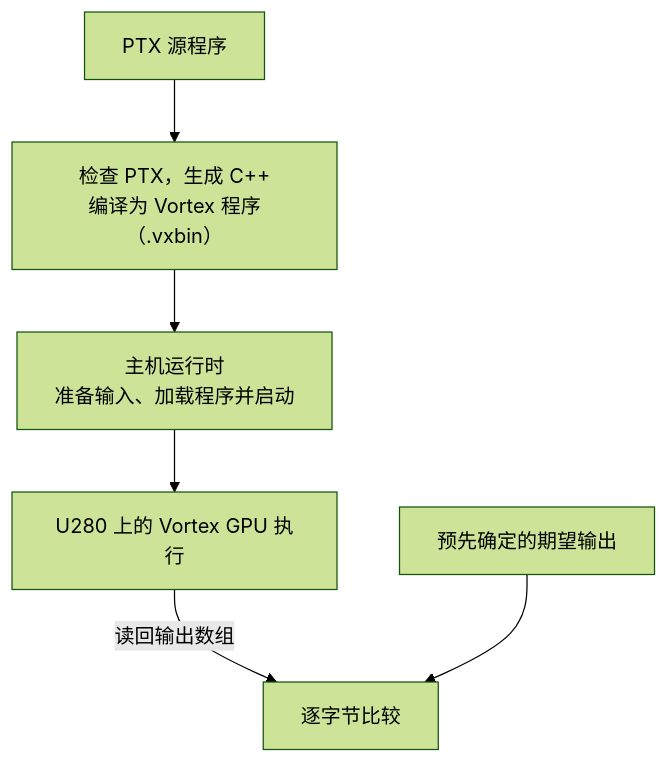
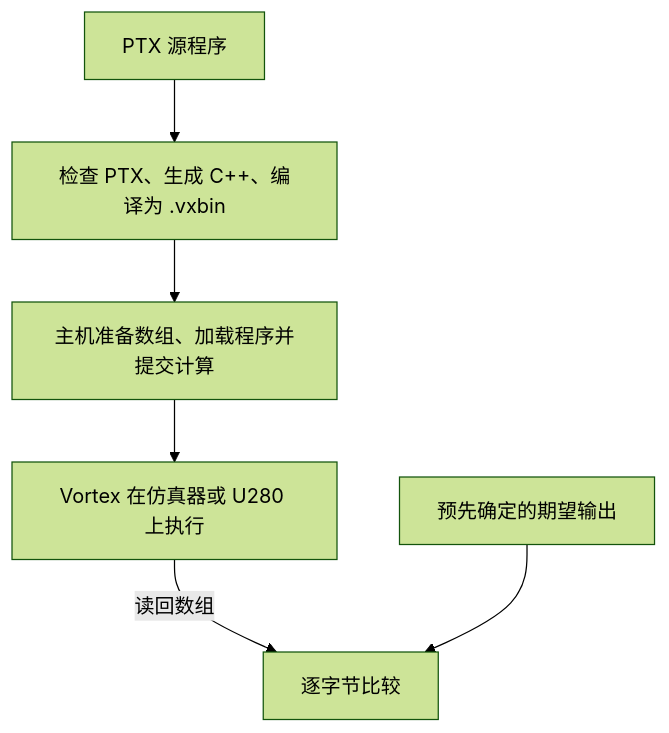
Before and after one commit to slishysun974/Vortex-U280: the diagram in README.md, drawn with Mermaid (forest theme). The commit also changed other lines of this file and 1 other file, not shown here.

````diff
--- a/README.md
+++ b/README.md
@@ -13,8 +43,8 @@
 ```mermaid
 graph TD
-    PTX["PTX 源程序"] --> Build["检查 PTX，生成 C++<br/>编译为 Vortex 程序（.vxbin）"]
-    Build --> Host["主机运行时<br/>准备输入、加载程序并启动"]
-    Host --> Board["U280 上的 Vortex GPU 执行"]
-    Board -->|读回输出数组| Check["逐字节比较"]
+    PTX["PTX 源程序"] --> Build["检查 PTX、生成 C++、编译为 .vxbin"]
+    Build --> Host["主机准备数组、加载程序并提交计算"]
+    Host --> Device["Vortex 在仿真器或 U280 上执行"]
+    Device -->|读回数组| Check["逐字节比较"]
     Expected["预先确定的期望输出"] --> Check
 ```
````
